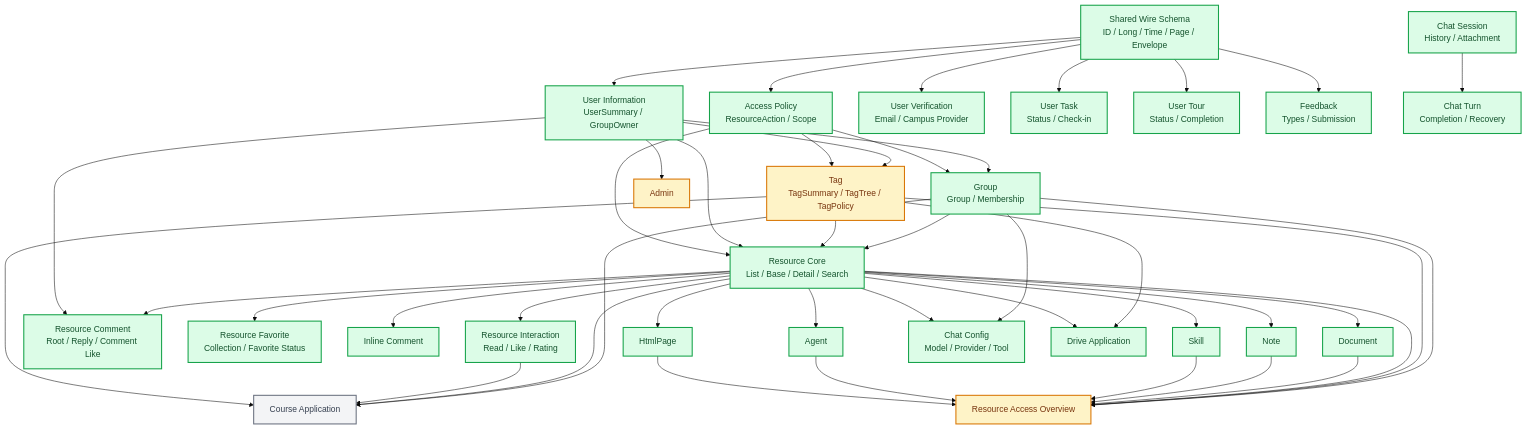
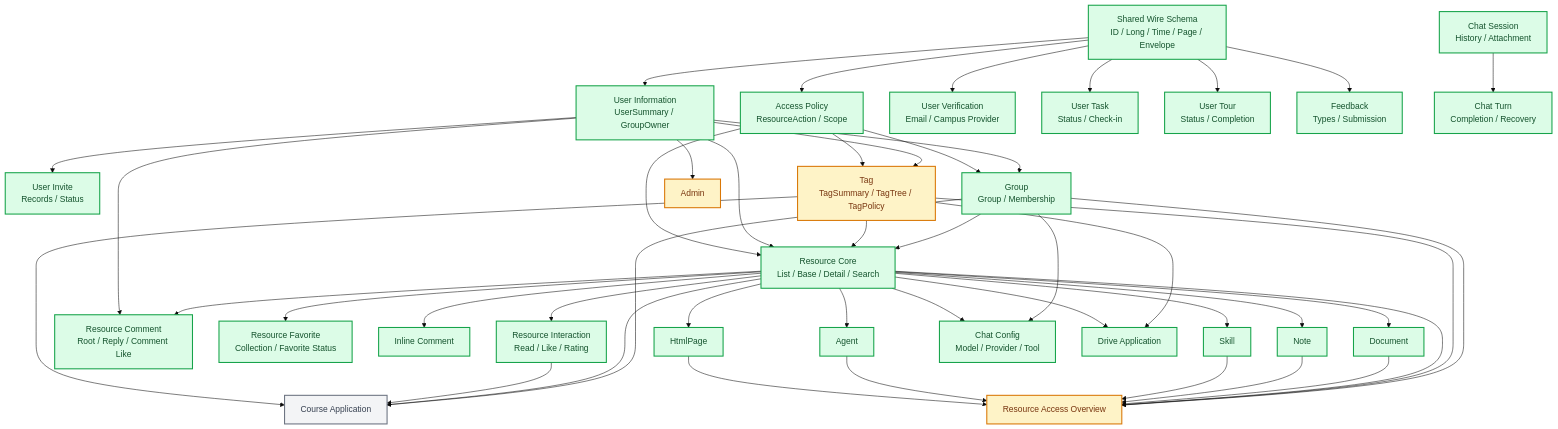
Before and after one commit to Oriole-FDU/WisePenView: the diagram in agent/docs/schema-contract-roadmap.md, drawn with Mermaid (base theme). The commit also changed other lines of this file and 1 other file, not shown here.

Commit message:
docs(agent): 更新 UserInvite 拆域后的 DAG

````diff
--- a/agent/docs/schema-contract-roadmap.md
+++ b/agent/docs/schema-contract-roadmap.md
@@ -38,79 +38,81 @@
 ```mermaid
 flowchart TD
   W[Shared Wire Schema<br/>ID / Long / Time / Page / Envelope]
   A[Access Policy<br/>ResourceAction / Scope]
   U[User Information<br/>UserSummary / GroupOwner]
   UV[User Verification<br/>Email / Campus Provider]
   UT[User Task<br/>Status / Check-in]
   UR[User Tour<br/>Status / Completion]
+  WI[User Invite<br/>Records / Status]
   FB[Feedback<br/>Types / Submission]
   G[Group<br/>Group / Membership]
   T[Tag<br/>TagSummary / TagTree / TagPolicy]
   R[Resource Core<br/>List / Base / Detail / Search]
   I[Resource Interaction<br/>Read / Like / Rating]
   CM[Resource Comment<br/>Root / Reply / Comment Like]
   F[Resource Favorite<br/>Collection / Favorite Status]
   C[Inline Comment]
   D[Document]
   N[Note]
   S[Skill]
   AG[Agent]
   H[HtmlPage]
   CHS[Chat Session<br/>History / Attachment]
   CHT[Chat Turn<br/>Completion / Recovery]
   CHC[Chat Config<br/>Model / Provider / Tool]
   CO[Course Application]
   DR[Drive Application]
   RA[Resource Access Overview]
   AD[Admin]
 
   W --> A
   W --> U
   W --> UV
   W --> UT
   W --> UR
   W --> FB
+  U --> WI
   U --> G
   A --> G
   U --> T
   A --> T
   G --> R
   T --> R
   U --> R
   A --> R
   R --> I
   R --> CM
   U --> CM
   R --> F
   R --> C
   R --> D
   R --> N
   R --> S
   R --> AG
   R --> H
   G --> CHC
   R --> CHC
   CHS --> CHT
   G --> CO
   R --> CO
   I --> CO
   T --> CO
   T --> DR
   R --> DR
   G --> RA
   T --> RA
   R --> RA
   D --> RA
   N --> RA
   S --> RA
   AG --> RA
   H --> RA
   U --> AD
 
   classDef completed fill:#dcfce7,stroke:#16a34a,color:#14532d,stroke-width:2px
   classDef partial fill:#fef3c7,stroke:#d97706,color:#78350f,stroke-width:2px
   classDef decision fill:#f3f4f6,stroke:#6b7280,color:#374151,stroke-width:2px
-  class W,A,U,UV,UT,UR,FB,G,R,I,CM,F,C,D,N,S,AG,H,CHS,CHT,CHC,DR completed
+  class W,A,U,UV,UT,UR,WI,FB,G,R,I,CM,F,C,D,N,S,AG,H,CHS,CHT,CHC,DR completed
   class T,AD,RA partial
   class CO decision
 ```
````
